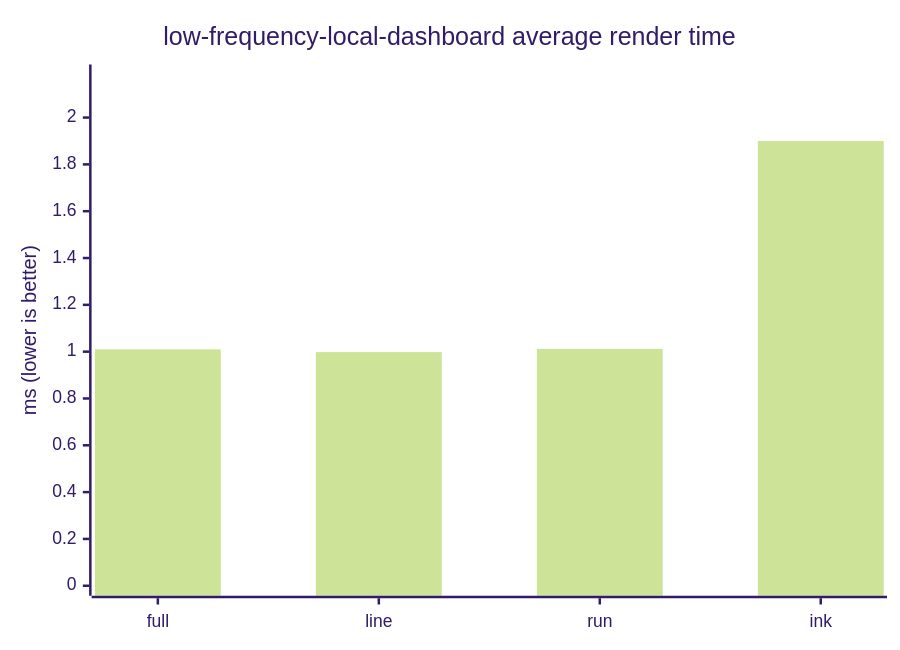
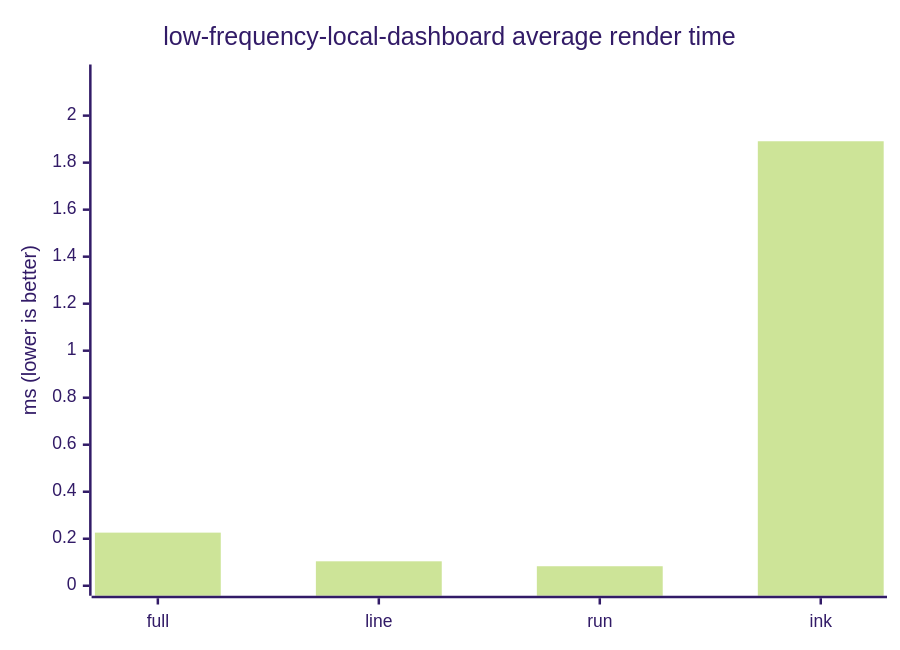
Before and after one commit to ByteLandTechnology/tinky: the first of 10 diagrams in docs/benchmark.md, drawn with Mermaid (forest theme). The commit also changed other lines of this file and 15 other files, not shown here.

````diff
--- a/docs/benchmark.md
+++ b/docs/benchmark.md
@@ -52,7 +52,7 @@
 ```mermaid
 xychart-beta
     title "low-frequency-local-dashboard average render time"
     x-axis ["full", "line", "run", "ink"]
-    y-axis "ms (lower is better)" 0 --> 2.184
-    bar [1.01, 0.998, 1.012, 1.9]
+    y-axis "ms (lower is better)" 0 --> 2.175
+    bar [0.226, 0.104, 0.083, 1.891]
 ```
````
